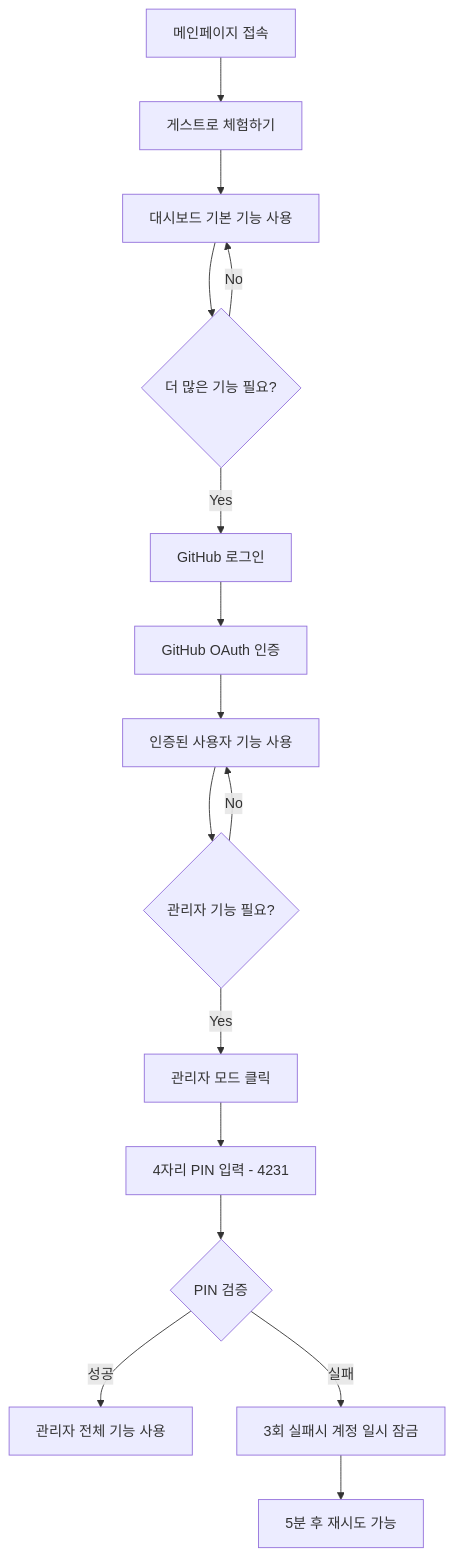
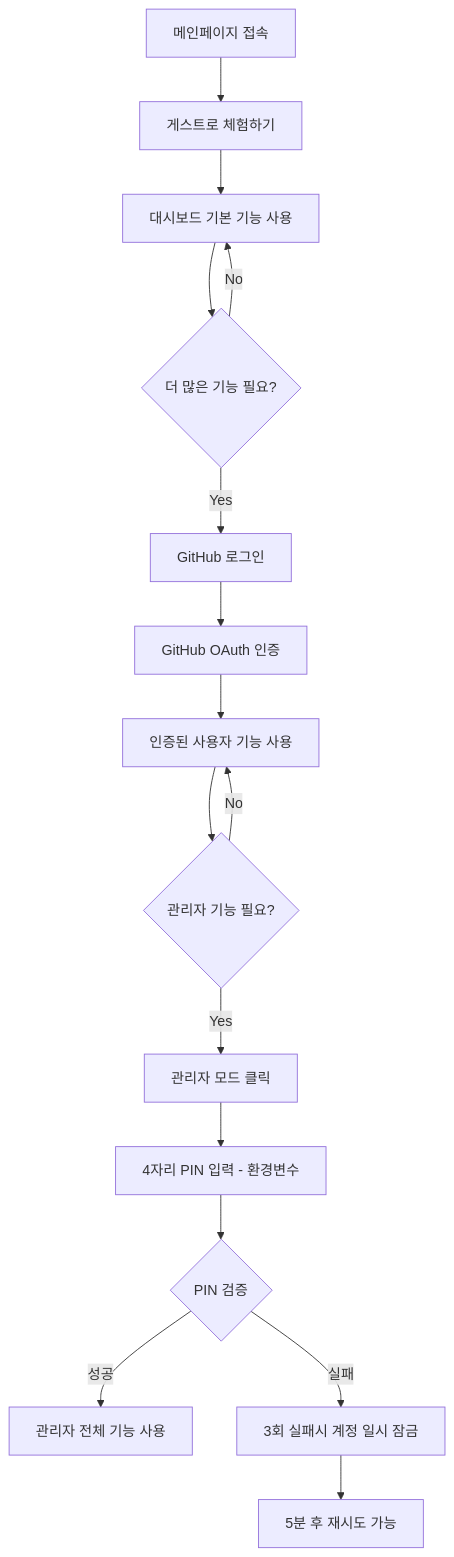
The diagram in docs/design/current/authentication-system-architecture.md (skyasu2/openmanager-vibe-v5), drawn with Mermaid before and after one commit. The commit also changed other lines of this file and 18 other files, not shown here.

````diff
--- a/docs/design/current/authentication-system-architecture.md
+++ b/docs/design/current/authentication-system-architecture.md
@@ -80,22 +80,22 @@
 ```mermaid
 graph TD
     A[메인페이지 접속] --> B[게스트로 체험하기]
     B --> C[대시보드 기본 기능 사용]
 
     C --> D{더 많은 기능 필요?}
     D -->|Yes| E[GitHub 로그인]
     D -->|No| C
 
     E --> F[GitHub OAuth 인증]
     F --> G[인증된 사용자 기능 사용]
 
     G --> H{관리자 기능 필요?}
     H -->|Yes| I[관리자 모드 클릭]
     H -->|No| G
 
-    I --> J[4자리 PIN 입력 - 4231]
+    I --> J[4자리 PIN 입력 - 환경변수]
     J --> K{PIN 검증}
     K -->|성공| L[관리자 전체 기능 사용]
     K -->|실패| M[3회 실패시 계정 일시 잠금]
     M --> N[5분 후 재시도 가능]
 ```
````
